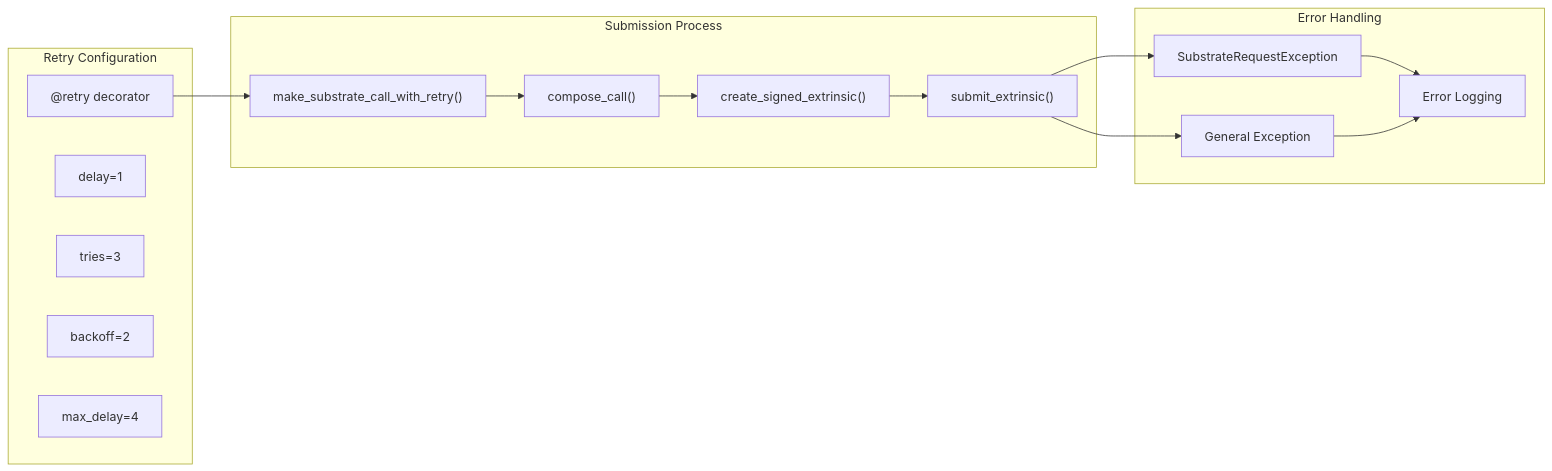
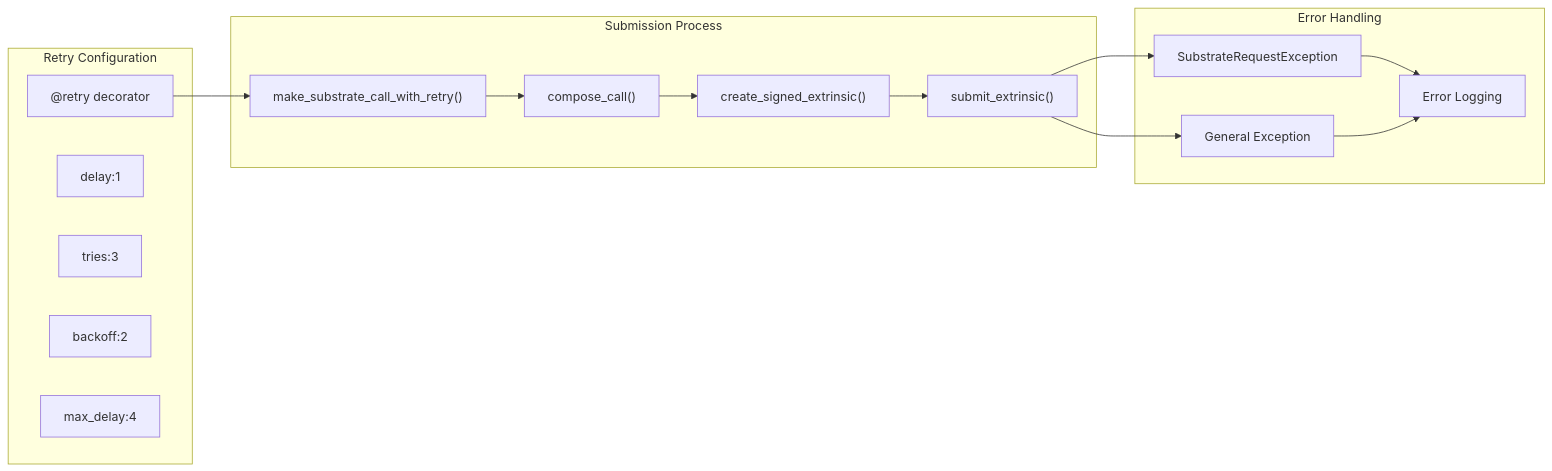
The sixth of 6 diagrams in src/content/docs/monitoring-and-metrics/prometheus-metrics.mdx (neuralinternet/docs), drawn with Mermaid before and after one commit. The commit also changed 184 other files, not shown here.

````diff
--- a/src/content/docs/monitoring-and-metrics/prometheus-metrics.mdx
+++ b/src/content/docs/monitoring-and-metrics/prometheus-metrics.mdx
@@ -301,32 +301,32 @@
 ```mermaid
 flowchart LR
     subgraph "Retry Configuration"
         RC["@retry decorator"]
-        D["delay=1"]
-        T["tries=3"] 
-        B["backoff=2"]
-        MD["max_delay=4"]
+        D["delay:1"]
+        T["tries:3"] 
+        B["backoff:2"]
+        MD["max_delay:4"]
     end
     
     subgraph "Submission Process"
         MSC["make_substrate_call_with_retry()"]
         CC["compose_call()"]
         CSE["create_signed_extrinsic()"]
         SE["submit_extrinsic()"]
     end
     
     subgraph "Error Handling"
         SRE["SubstrateRequestException"]
         GE["General Exception"]
         EL["Error Logging"]
     end
     
     RC --> MSC
     MSC --> CC
     CC --> CSE
     CSE --> SE
     SE --> SRE
     SE --> GE
     SRE --> EL
     GE --> EL
 ```
````
